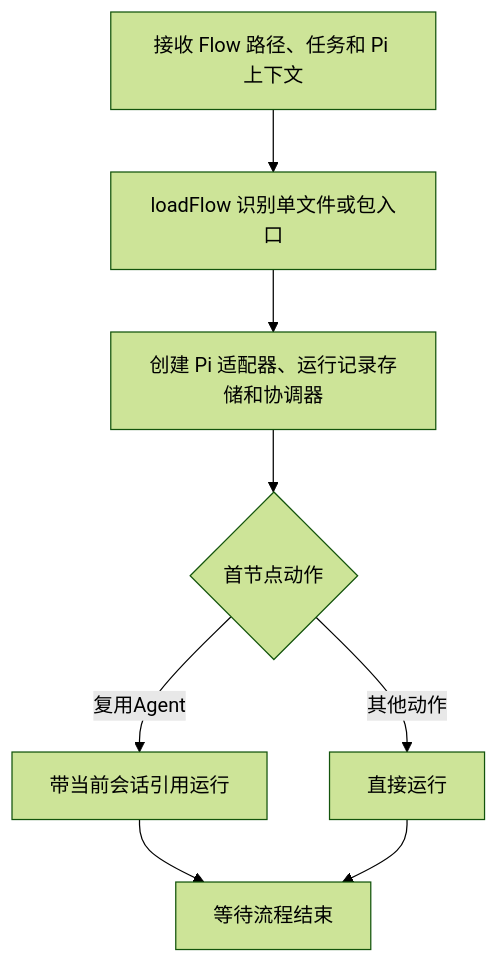
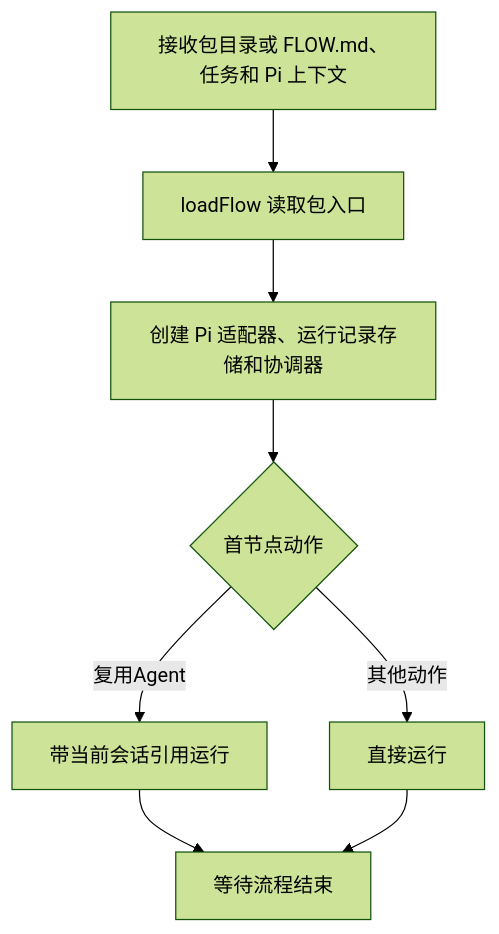
One commit to JhihJian/Agent-Flow-Runtime changed the second of 9 diagrams in docs/source-pseudocode-guide.md. Above: the diagram before and after it, drawn with Mermaid (forest theme). The commit also changed other lines of this file and 25 other files, not shown here.

Commit message:
收敛为 Flow 包唯一入口

````diff
--- a/docs/source-pseudocode-guide.md
+++ b/docs/source-pseudocode-guide.md
@@ -47,10 +47,10 @@
 ```mermaid
 flowchart TD
-  A[接收 Flow 路径、任务和 Pi 上下文] --> B[loadFlow 识别单文件或包入口]
+  A[接收包目录或 FLOW.md、任务和 Pi 上下文] --> B[loadFlow 读取包入口]
   B --> C[创建 Pi 适配器、运行记录存储和协调器]
   C --> D{首节点动作}
   D -->|复用Agent| E[带当前会话引用运行]
   D -->|其他动作| F[直接运行]
   E --> G[等待流程结束]
   F --> G
 ```
````
